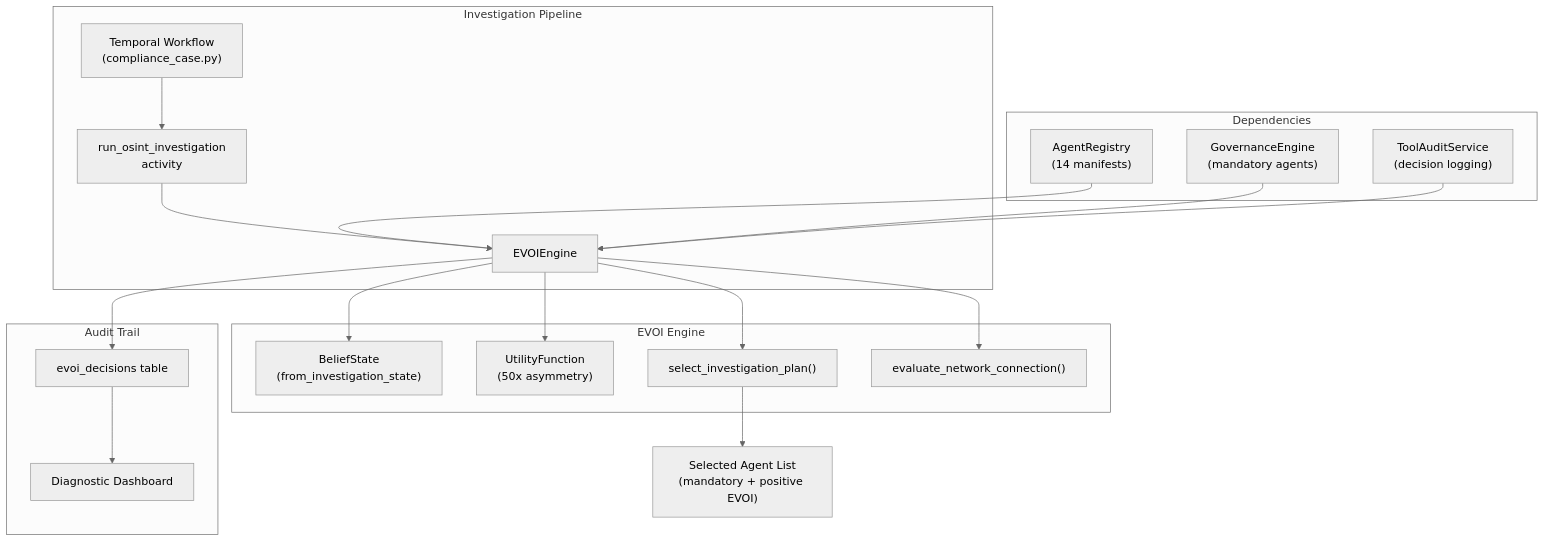
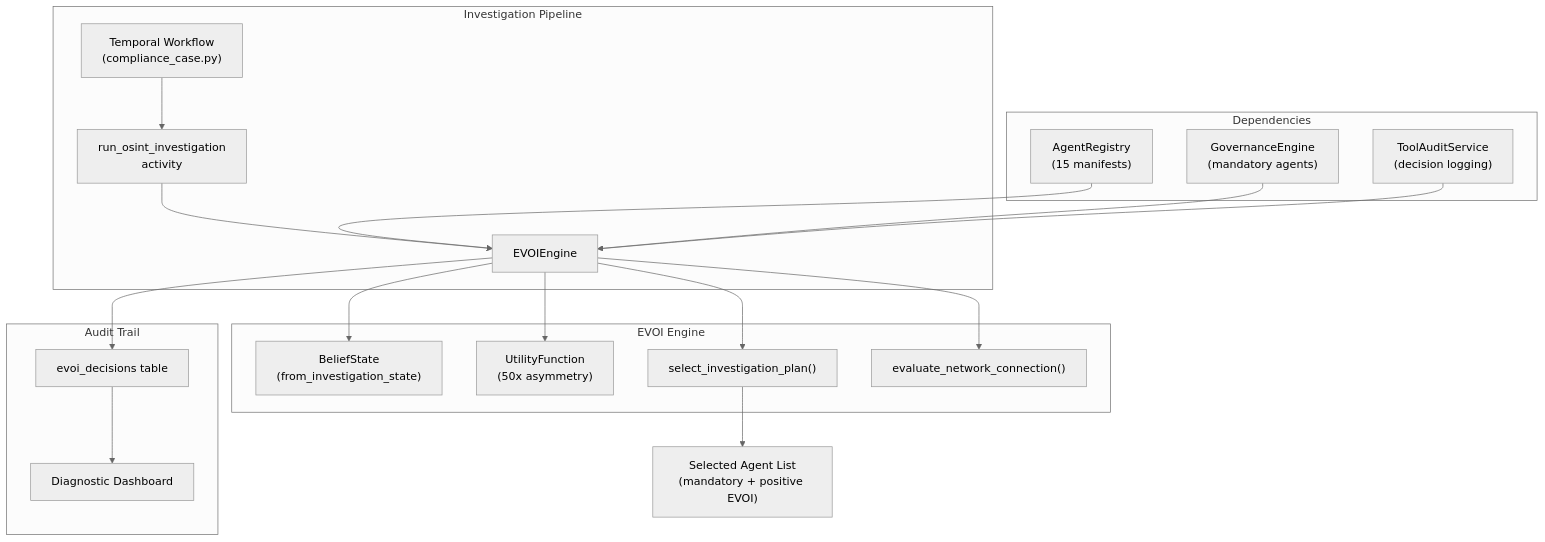
Before and after one commit to Tsunami-max/trust-relay-docs: the fourth of 4 diagrams in docs/architecture/evoi-engine.md, drawn with Mermaid (neutral theme). The commit also changed other lines of this file and 177 other files, not shown here.

````diff
--- a/docs/architecture/evoi-engine.md
+++ b/docs/architecture/evoi-engine.md
@@ -216,27 +230,27 @@
 ```mermaid
 graph TD
     subgraph "Investigation Pipeline"
         WF["Temporal Workflow<br/>(compliance_case.py)"] --> ACT["run_osint_investigation<br/>activity"]
         ACT --> EVOI["EVOIEngine"]
     end
 
     subgraph "EVOI Engine"
         EVOI --> BS["BeliefState<br/>(from_investigation_state)"]
         EVOI --> UF["UtilityFunction<br/>(50x asymmetry)"]
         EVOI --> SP["select_investigation_plan()"]
         EVOI --> NE["evaluate_network_connection()"]
     end
 
     subgraph "Dependencies"
-        AR["AgentRegistry<br/>(14 manifests)"] --> EVOI
+        AR["AgentRegistry<br/>(15 manifests)"] --> EVOI
         GE["GovernanceEngine<br/>(mandatory agents)"] --> EVOI
         TA["ToolAuditService<br/>(decision logging)"] --> EVOI
     end
 
     subgraph "Audit Trail"
         EVOI --> DB["evoi_decisions table"]
         DB --> DIAG["Diagnostic Dashboard"]
     end
 
     SP --> AGENTS["Selected Agent List<br/>(mandatory + positive EVOI)"]
 ```
````
